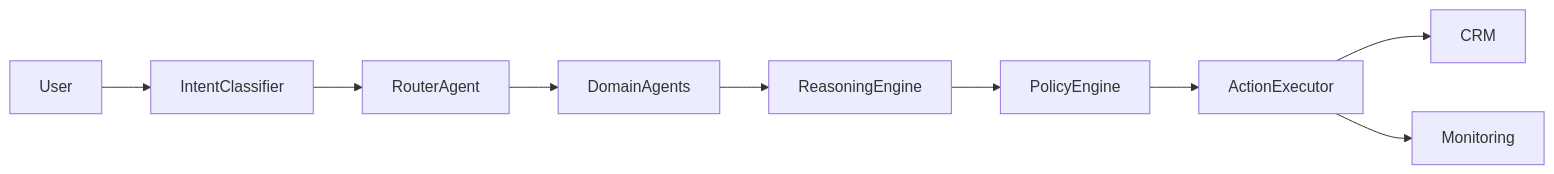
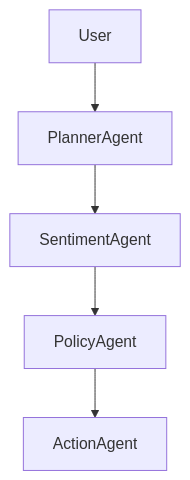
Before and after one commit to Adityansh-Chand/ai-proactive-customer-operations: the diagram in README.md, drawn with Mermaid. The commit also changed other lines of this file and 7 other files, not shown here.

Commit message:
upgrade to multi-agent DAG architecture

````diff
--- a/README.md
+++ b/README.md
@@ -7,12 +7,8 @@
 ```mermaid
-flowchart LR
+flowchart TD
 
-User --> IntentClassifier
-IntentClassifier --> RouterAgent
-RouterAgent --> DomainAgents
-DomainAgents --> ReasoningEngine
-ReasoningEngine --> PolicyEngine
-PolicyEngine --> ActionExecutor
-ActionExecutor --> CRM
-ActionExecutor --> Monitoring
+User --> PlannerAgent
+PlannerAgent --> SentimentAgent
+SentimentAgent --> PolicyAgent
+PolicyAgent --> ActionAgent
 ```
````
